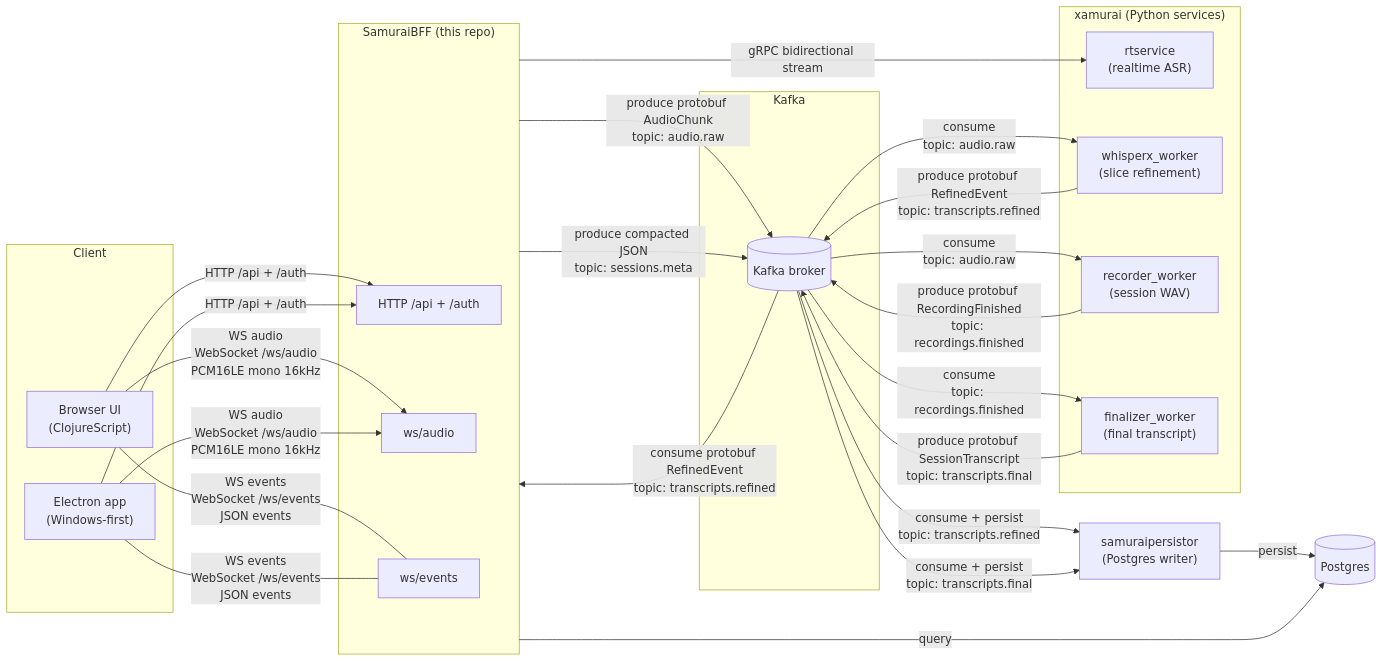
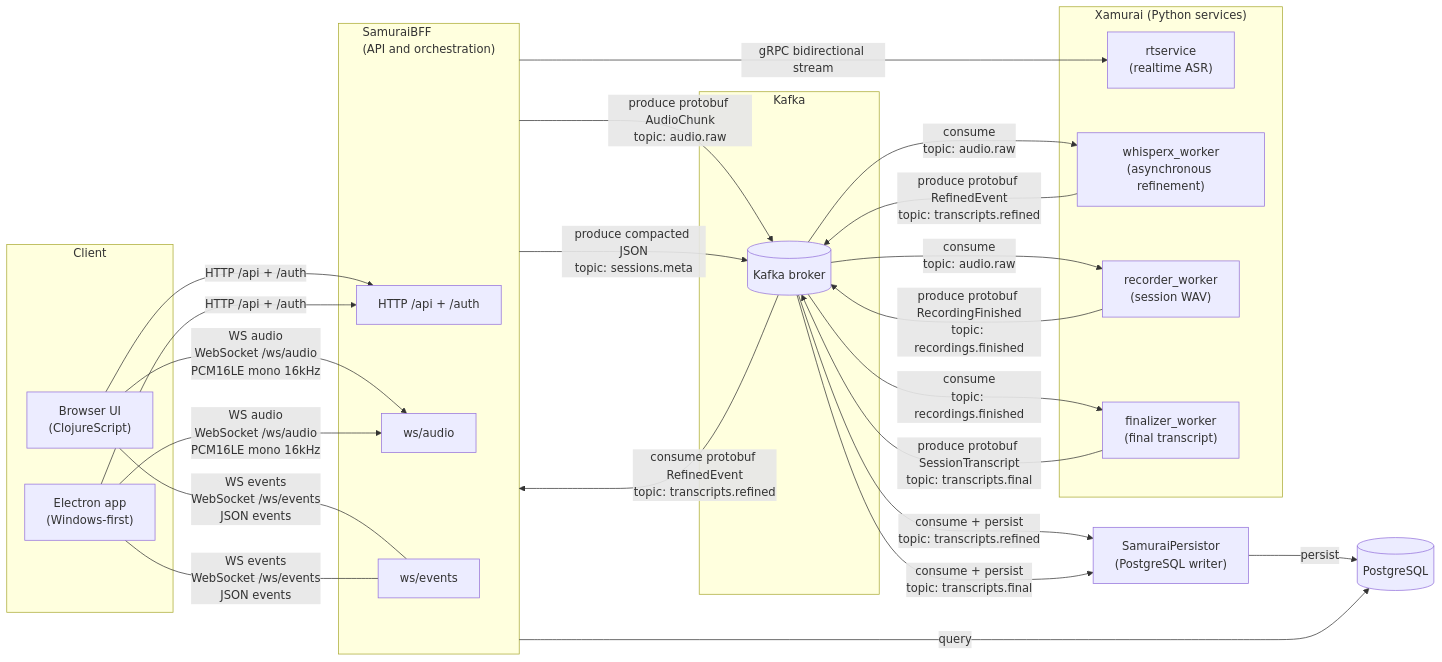
The diagram in README.md (nanosamurai/nanosamurai), drawn with Mermaid before and after one commit. The commit also changed other lines of this file, not shown here.

````diff
--- a/README.md
+++ b/README.md
@@ -50,52 +33,52 @@
 ```mermaid
 flowchart LR
     subgraph Client
         Browser["Browser UI\n(ClojureScript)"]
         Electron["Electron app\n(Windows-first)"]
     end
 
-    subgraph SamuraiBFF["SamuraiBFF (this repo)"]
+    subgraph SamuraiBFF["SamuraiBFF\n(API and orchestration)"]
         HTTP[HTTP /api + /auth]
         WSAudio[ws/audio]
         WSEvents[ws/events]
     end
 
-    subgraph Xamurai["xamurai (Python services)"]
+    subgraph Xamurai["Xamurai (Python services)"]
         RTService["rtservice\n(realtime ASR)"]
-        WhisperXWorker["whisperx_worker\n(slice refinement)"]
+        WhisperXWorker["whisperx_worker\n(asynchronous refinement)"]
         RecorderWorker["recorder_worker\n(session WAV)"]
         FinalizerWorker["finalizer_worker\n(final transcript)"]
     end
 
     Browser -->|HTTP /api + /auth| HTTP
     Browser -->|"WS audio\nWebSocket /ws/audio\nPCM16LE mono 16kHz"| WSAudio
     Browser ---|"WS events\nWebSocket /ws/events\nJSON events"| WSEvents
 
     Electron -->|HTTP /api + /auth| HTTP
     Electron -->|"WS audio\nWebSocket /ws/audio\nPCM16LE mono 16kHz"| WSAudio
     Electron ---|"WS events\nWebSocket /ws/events\nJSON events"| WSEvents
 
     SamuraiBFF -->|gRPC bidirectional stream| RTService
 
     subgraph Kafka["Kafka"]
         KafkaBroker[(Kafka broker)]
     end
 
     SamuraiBFF -->|"produce protobuf AudioChunk\ntopic: audio.raw"| KafkaBroker
     SamuraiBFF -->|"produce compacted JSON\ntopic: sessions.meta"| KafkaBroker
 
     KafkaBroker -->|"consume protobuf RefinedEvent\ntopic: transcripts.refined"| SamuraiBFF
     KafkaBroker -->|"consume\ntopic: audio.raw"| WhisperXWorker
     WhisperXWorker -->|"produce protobuf RefinedEvent\ntopic: transcripts.refined"| KafkaBroker
 
     KafkaBroker -->|"consume\ntopic: audio.raw"| RecorderWorker
     RecorderWorker -->|"produce protobuf RecordingFinished\ntopic: recordings.finished"| KafkaBroker
 
     KafkaBroker -->|"consume\ntopic: recordings.finished"| FinalizerWorker
     FinalizerWorker -->|"produce protobuf SessionTranscript\ntopic: transcripts.final"| KafkaBroker
 
-    KafkaBroker -->|"consume + persist\ntopic: transcripts.refined"| Persistor["samuraipersistor\n(Postgres writer)"]
+    KafkaBroker -->|"consume + persist\ntopic: transcripts.refined"| Persistor["SamuraiPersistor\n(PostgreSQL writer)"]
     KafkaBroker -->|"consume + persist\ntopic: transcripts.final"| Persistor
-    Persistor -->|persist| Postgres[(Postgres)]
+    Persistor -->|persist| Postgres[(PostgreSQL)]
     SamuraiBFF -->|query| Postgres
 ```
````
